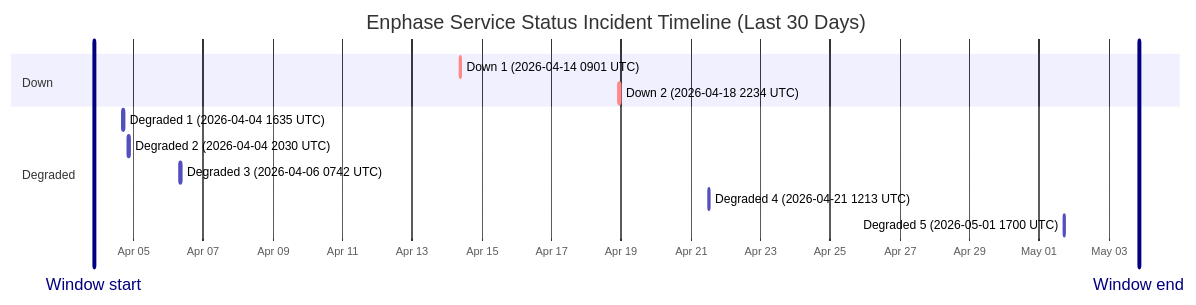
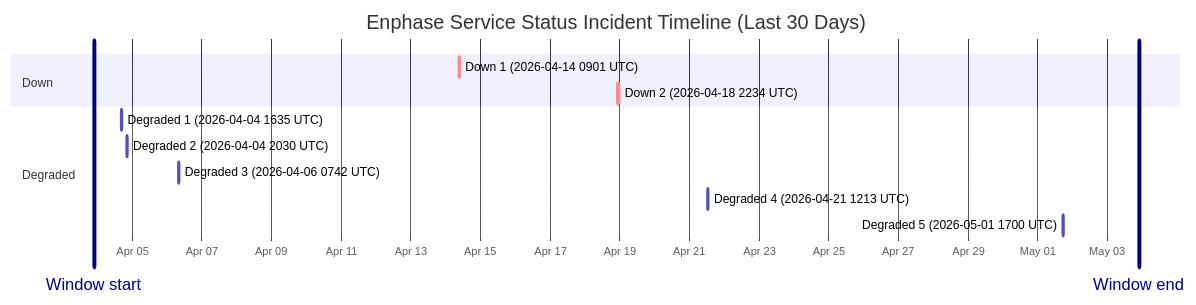
Before and after one commit to barneyonline/ha-enphase-ev-charger: the diagram in wiki/Service-Status-History.md, drawn with Mermaid. The commit also changed other lines of this file and 3 other files, not shown here.

````diff
--- a/wiki/Service-Status-History.md
+++ b/wiki/Service-Status-History.md
@@ -14,17 +14,17 @@
 ```mermaid
 gantt
     title Enphase Service Status Incident Timeline (Last 30 Days)
     dateFormat  YYYY-MM-DDTHH:mm:ss
     axisFormat  %b %d
-    Window start :vert, window-start, 2026-04-03T20:41:22, 0ms
-    Window end :vert, window-end, 2026-05-03T20:41:22, 0ms
+    Window start :vert, window-start, 2026-04-03T21:40:18, 0ms
+    Window end :vert, window-end, 2026-05-03T21:40:18, 0ms
     section Down
     Down 1 (2026-04-14 0901 UTC) :crit, down-1, 2026-04-14T09:01:13, 60m
     Down 2 (2026-04-18 2234 UTC) :crit, down-2, 2026-04-18T22:34:13, 60m
     section Degraded
     Degraded 1 (2026-04-04 1635 UTC) :active, degraded-1, 2026-04-04T16:35:17, 60m
     Degraded 2 (2026-04-04 2030 UTC) :active, degraded-2, 2026-04-04T20:30:40, 60m
     Degraded 3 (2026-04-06 0742 UTC) :active, degraded-3, 2026-04-06T07:42:09, 85m
     Degraded 4 (2026-04-21 1213 UTC) :active, degraded-4, 2026-04-21T12:13:11, 60m
     Degraded 5 (2026-05-01 1700 UTC) :active, degraded-5, 2026-05-01T17:00:22, 60m
 ```
````
